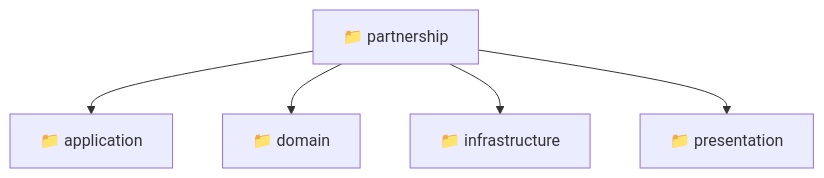
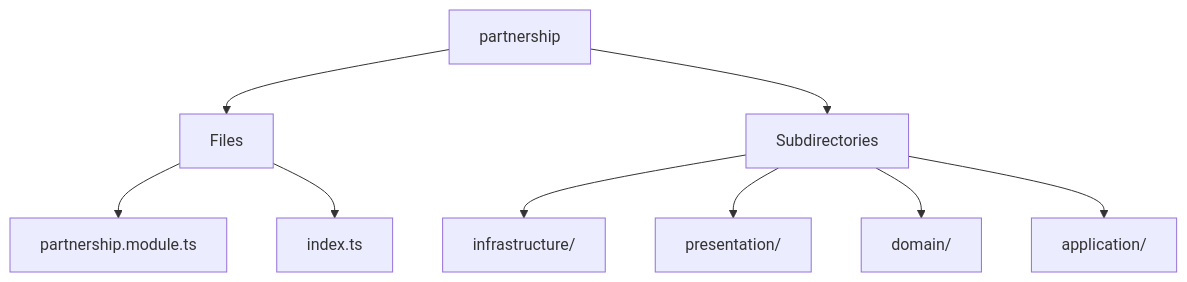
The diagram in backend/src/modules/partnership/README.md (beginwebdev2002/fullstack-mavluda), drawn with Mermaid before and after one commit. The commit also changed other lines of this file and 167 other files, not shown here.

````diff
--- a/backend/src/modules/partnership/README.md
+++ b/backend/src/modules/partnership/README.md
@@ -9,8 +12,11 @@
 ```mermaid
 graph TD
-  partnership["📁 partnership"]
-  partnership --> application["📁 application"]
-  partnership --> domain["📁 domain"]
-  partnership --> infrastructure["📁 infrastructure"]
-  partnership --> presentation["📁 presentation"]
+  partnership --> Files
+  Files --> partnership_module_ts[partnership.module.ts]
+  Files --> index_ts[index.ts]
+  partnership --> Subdirectories
+  Subdirectories --> infrastructure[infrastructure/]
+  Subdirectories --> presentation[presentation/]
+  Subdirectories --> domain[domain/]
+  Subdirectories --> application[application/]
 ```
````
